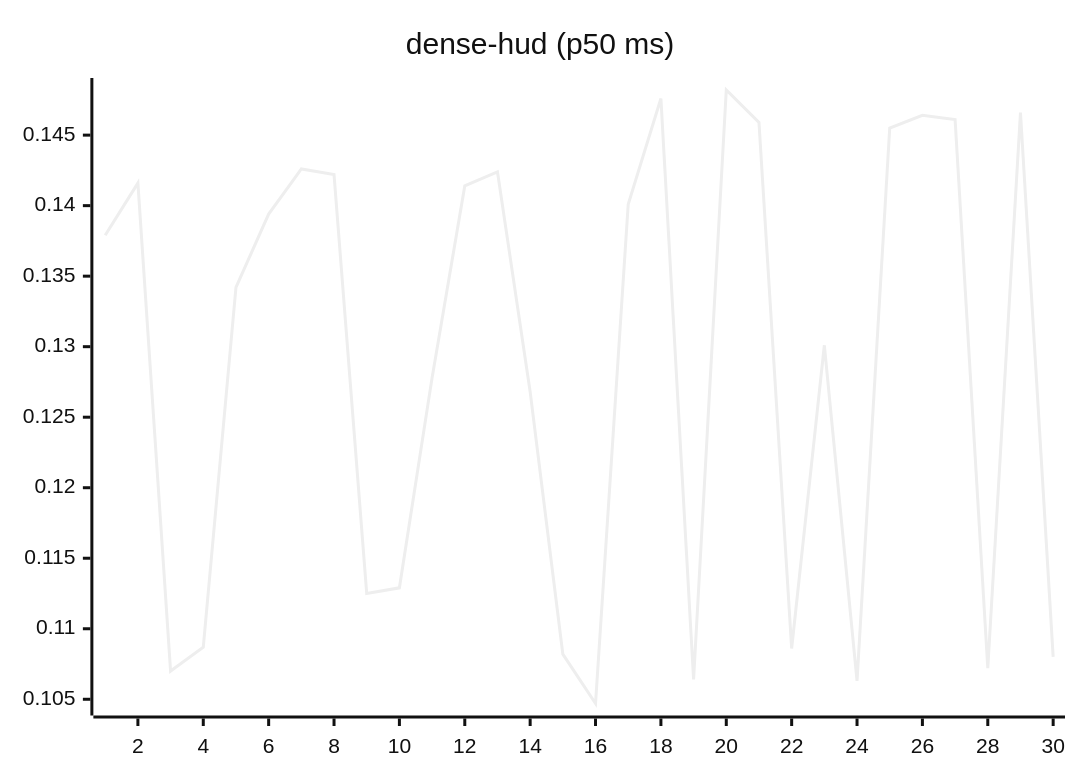
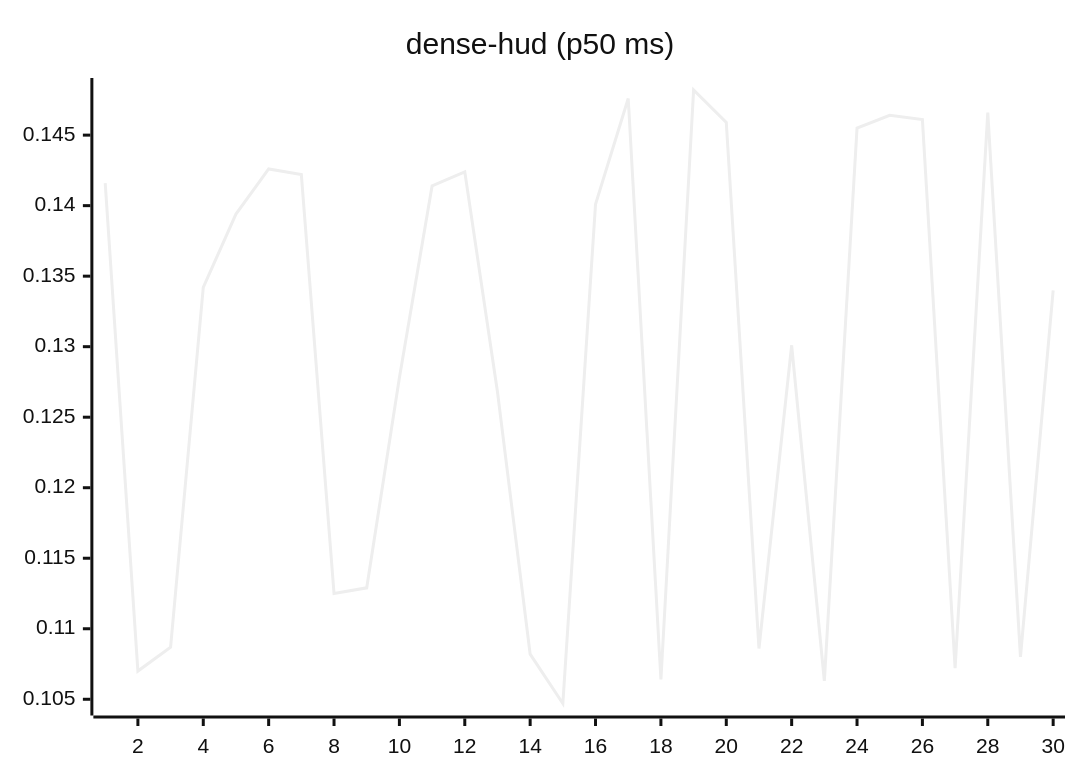
One commit to josha/Facet changed the eighth of 27 diagrams in README.md. Above: the diagram before and after it, drawn with Mermaid (neutral theme). The commit also changed other lines of this file and 2 other files, not shown here.

````diff
--- a/README.md
+++ b/README.md
@@ -112,6 +112,6 @@
 ```mermaid
 xychart-beta
     title "dense-hud (p50 ms)"
     x-axis 1 --> 30
-    line [0.1379, 0.1416, 0.1070, 0.1087, 0.1342, 0.1394, 0.1426, 0.1422, 0.1125, 0.1129, 0.1278, 0.1414, 0.1424, 0.1268, 0.1082, 0.1047, 0.1401, 0.1476, 0.1064, 0.1482, 0.1459, 0.1086, 0.1301, 0.1063, 0.1455, 0.1464, 0.1461, 0.1072, 0.1466, 0.1080]
+    line [0.1416, 0.1070, 0.1087, 0.1342, 0.1394, 0.1426, 0.1422, 0.1125, 0.1129, 0.1278, 0.1414, 0.1424, 0.1268, 0.1082, 0.1047, 0.1401, 0.1476, 0.1064, 0.1482, 0.1459, 0.1086, 0.1301, 0.1063, 0.1455, 0.1464, 0.1461, 0.1072, 0.1466, 0.1080, 0.1340]
 ```
````
